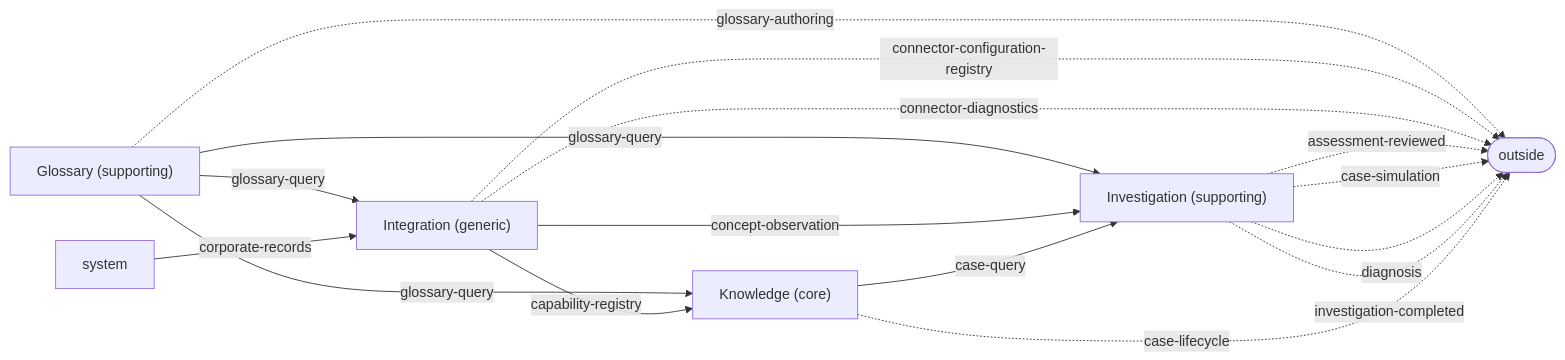
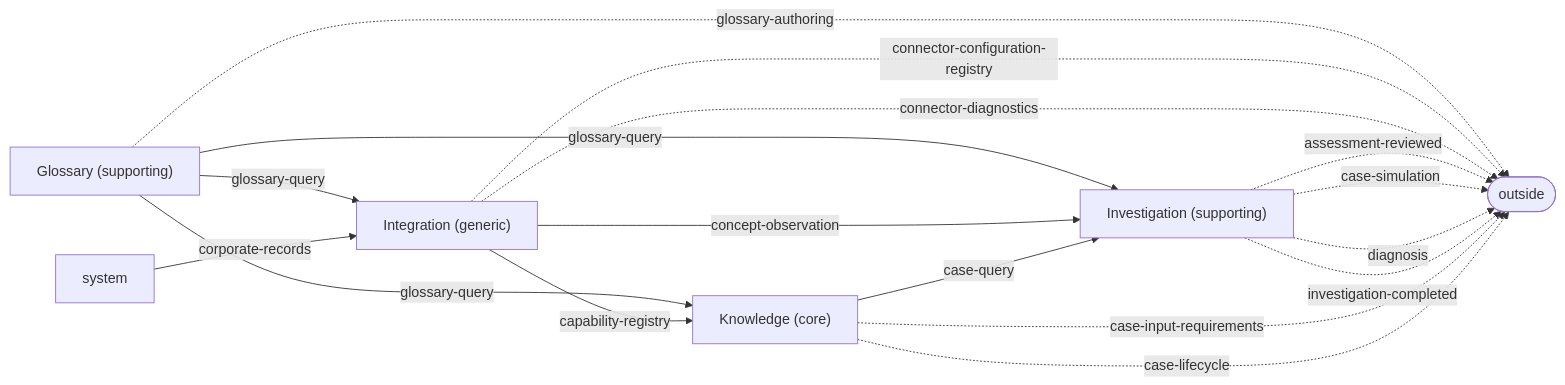
One commit to zig999/servicedesk changed the diagram in knowledge/projections/context-map.mmd. Above: the diagram before and after it, drawn with Mermaid. The commit also changed 19 other files, not shown here.

```diff
--- a/knowledge/projections/context-map.mmd
+++ b/knowledge/projections/context-map.mmd
@@ -1,21 +1,22 @@
 flowchart LR
     glossary["Glossary (supporting)"]
     integration["Integration (generic)"]
     investigation["Investigation (supporting)"]
     knowledge["Knowledge (core)"]
     glossary -->|glossary-query| integration
     glossary -->|glossary-query| investigation
     glossary -->|glossary-query| knowledge
     integration -->|concept-observation| investigation
     integration -->|capability-registry| knowledge
     knowledge -->|case-query| investigation
     system -->|corporate-records| integration
     outside(["outside"])
     glossary -.->|glossary-authoring| outside
     integration -.->|connector-configuration-registry| outside
     integration -.->|connector-diagnostics| outside
     investigation -.->|assessment-reviewed| outside
     investigation -.->|case-simulation| outside
     investigation -.->|diagnosis| outside
     investigation -.->|investigation-completed| outside
+    knowledge -.->|case-input-requirements| outside
     knowledge -.->|case-lifecycle| outside
```
